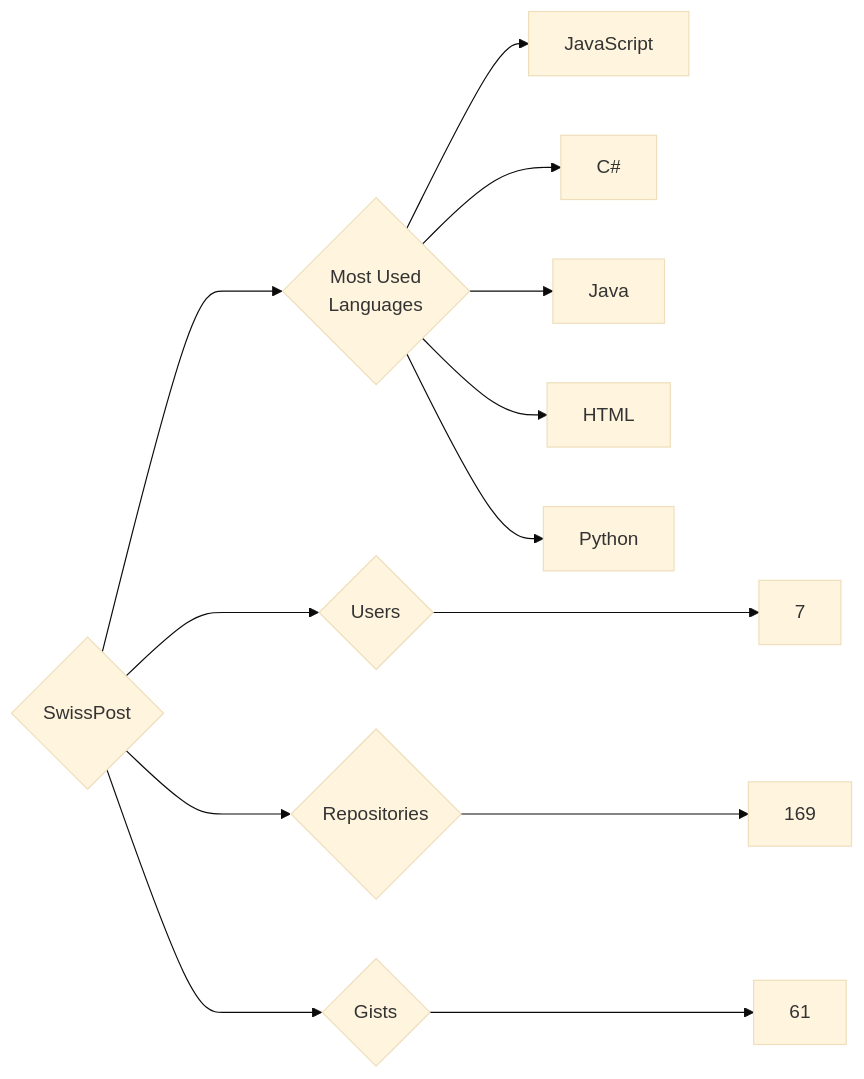
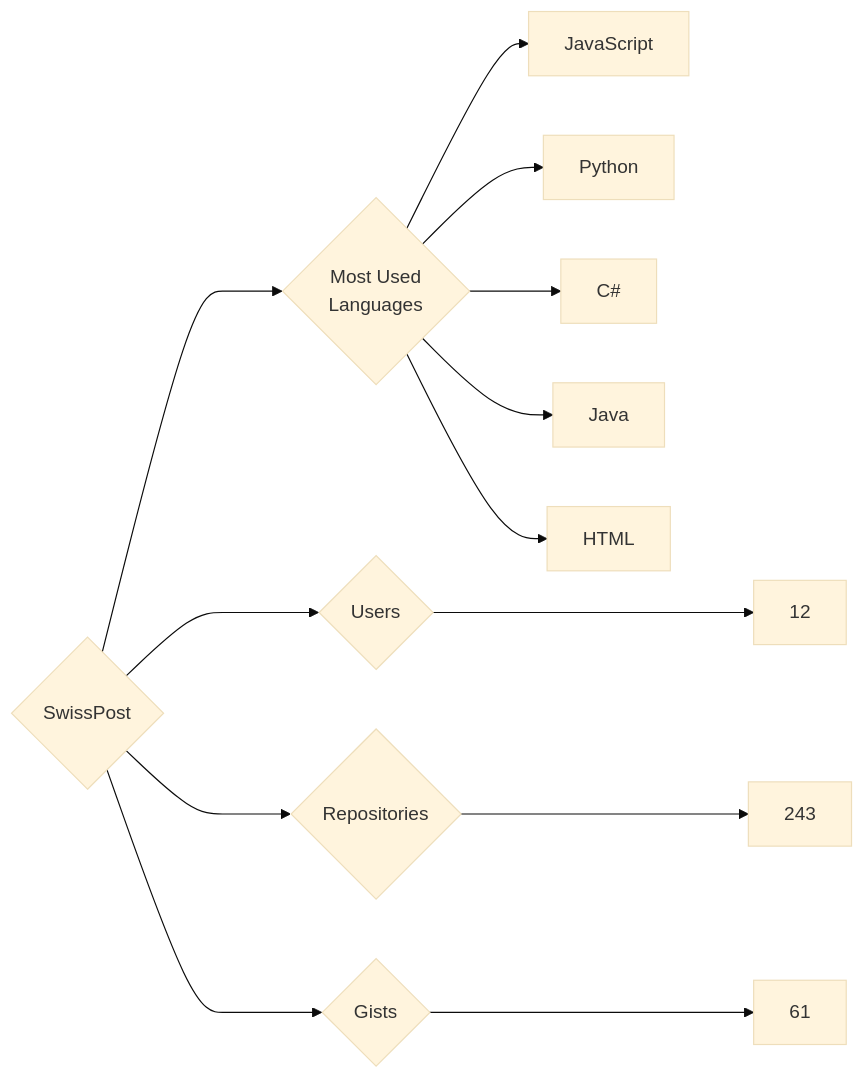
The diagram in targets/SwissPost/README.md (trickest/insiders), drawn with Mermaid (base theme) before and after one commit. The commit also changed 870 other files, not shown here.

````diff
--- a/targets/SwissPost/README.md
+++ b/targets/SwissPost/README.md
@@ -3,13 +3,13 @@
 ```mermaid
 graph LR
 COMPANY_NAME{SwissPost}
-COMPANY_NAME ---> U{Users} ---> UN[7]
-COMPANY_NAME ---> R{Repositories} ---> RN[169]
+COMPANY_NAME ---> U{Users} ---> UN[12]
+COMPANY_NAME ---> R{Repositories} ---> RN[243]
 COMPANY_NAME ---> G{Gists} ---> GN[61]
 COMPANY_NAME ---> ML{Most Used<br>Languages}
 ML --> JavaScript[JavaScript]
+ML --> Python[Python]
 ML --> C#[C#]
 ML --> Java[Java]
 ML --> HTML[HTML]
-ML --> Python[Python]
 ```
````
